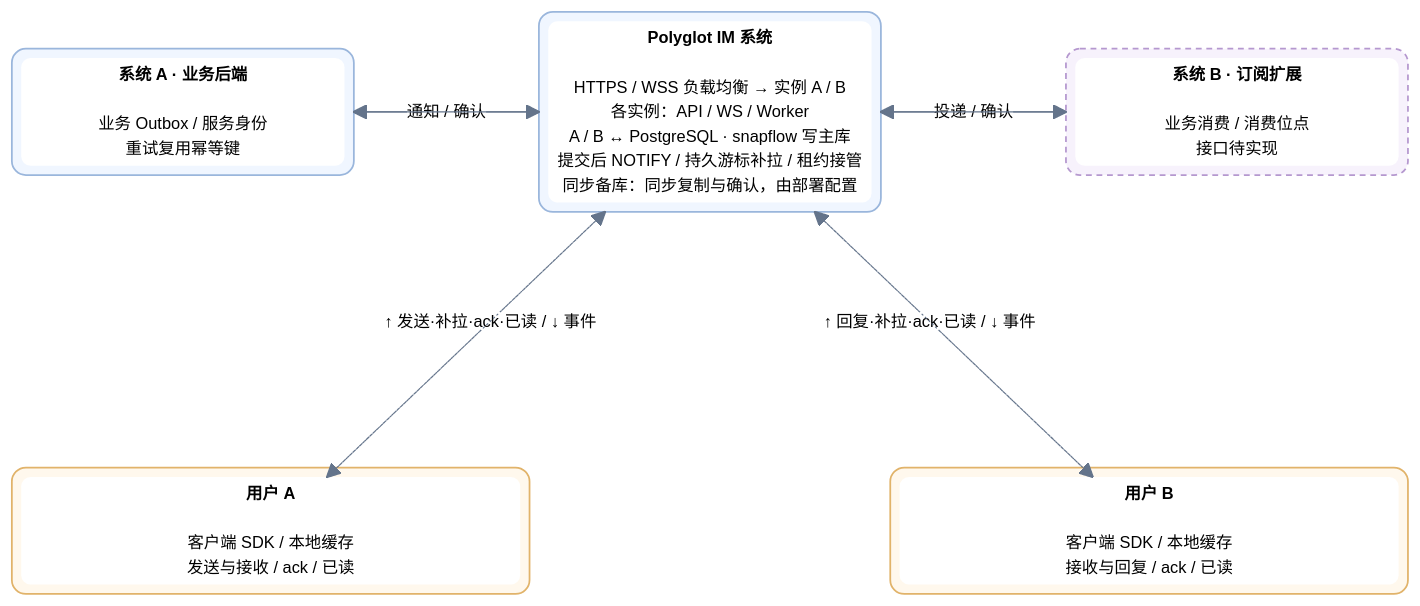
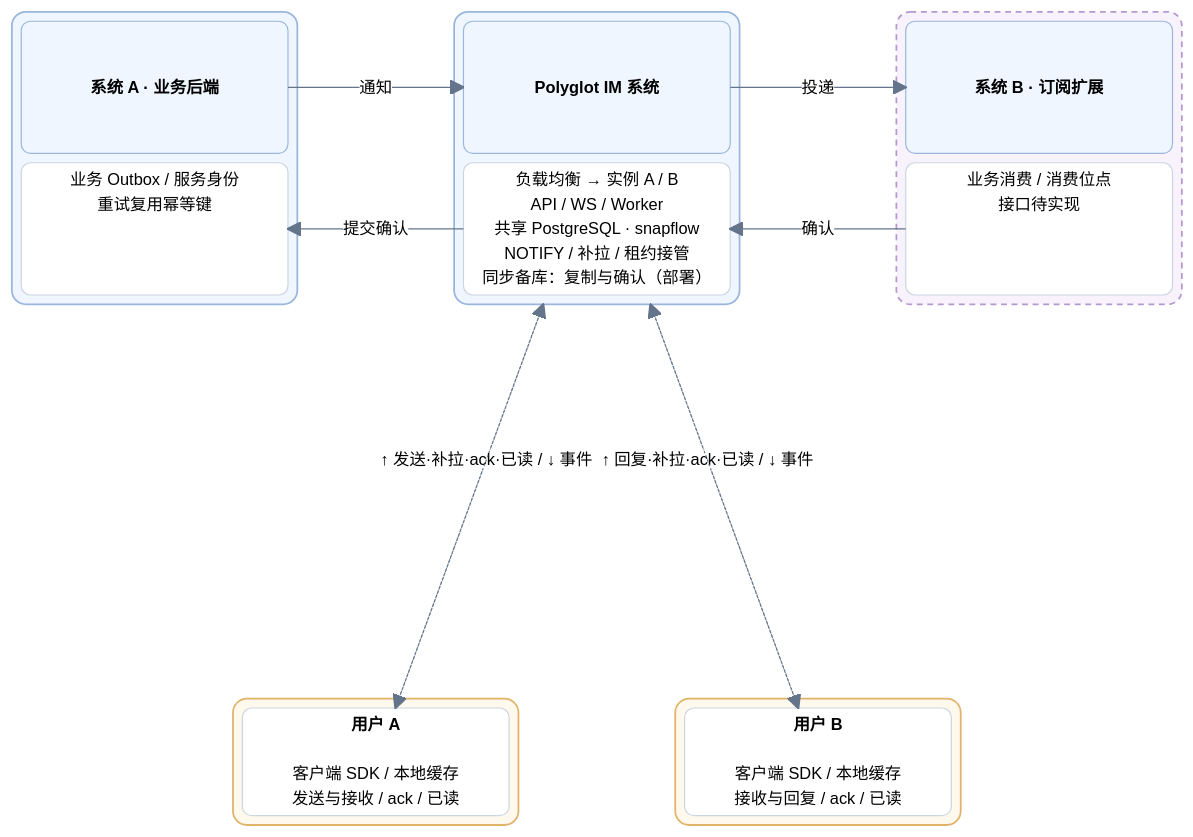
One commit to bitlap/polyglot-im changed the diagram in docs/distributed.md. Above: the diagram before and after it, drawn with Mermaid. The commit also changed 8 other files, not shown here.

````diff
--- a/docs/distributed.md
+++ b/docs/distributed.md
@@ -7,44 +7,51 @@
 ```mermaid
-%%{init: {"theme":"base","flowchart":{"curve":"stepBefore"},"themeVariables":{"fontSize":"14px","primaryColor":"#ffffff","primaryBorderColor":"#cbd5e1","primaryTextColor":"#1e293b","lineColor":"#64748b","edgeLabelBackground":"#ffffff"},"themeCSS":".edge-pattern-dotted { stroke: #d68a26 !important; stroke-width: 1.6px !important; stroke-dasharray: 5 7 !important; } .edge-pattern-solid { stroke: #64748b !important; stroke-width: 1.6px !important; } .edgeLabel rect { fill: #ffffff !important; opacity: 1 !important; rx: 5; ry: 5; } .block rect { rx: 10; ry: 10; }"}}%%
+%%{init: {"theme":"base","flowchart":{"curve":"stepAfter"},"themeVariables":{"fontSize":"14px","primaryColor":"#ffffff","primaryBorderColor":"#cbd5e1","primaryTextColor":"#1e293b","lineColor":"#64748b","edgeLabelBackground":"#ffffff"},"themeCSS":".edge-pattern-dotted { stroke: #d68a26 !important; stroke-width: 1.6px !important; stroke-dasharray: 5 7 !important; } .edge-pattern-solid { stroke: #64748b !important; stroke-width: 1.6px !important; } .edgeLabel rect { fill: #ffffff !important; opacity: 1 !important; rx: 5; ry: 5; } .block rect { rx: 10; ry: 10; } path[id$=\"-UA-IM\"] { transform: translateX(32px); } path[id$=\"-UB-IM\"] { transform: translateX(-32px); }","block":{"padding":8}}}%%
 block-beta
-  columns 8
-  block:Business:2
+  columns 16
+  block:Business:4
     columns 1
-    SA["<b>系统 A · 业务后端</b><br/><br/>业务 Outbox / 服务身份<br/>重试复用幂等键"]
+    BusinessTitle["<b>系统 A · 业务后端</b>"]
+    SA["业务 Outbox / 服务身份<br/>重试复用幂等键<br/>　<br/>　<br/>　"]
   end
-  space
-  block:IM:2
+  space:2
+  block:IM:4
     columns 1
-    API["<b>Polyglot IM 系统</b><br/><br/>HTTPS / WSS 负载均衡 → 实例 A / B<br/>各实例：API / WS / Worker<br/>A / B ↔ PostgreSQL · snapflow 写主库<br/>提交后 NOTIFY / 持久游标补拉 / 租约接管<br/>同步备库：同步复制与确认，由部署配置"]
+    IMTitle["<b>Polyglot IM 系统</b>"]
+    API["负载均衡 → 实例 A / B<br/>API / WS / Worker<br/>共享 PostgreSQL · snapflow<br/>NOTIFY / 补拉 / 租约接管<br/>同步备库：复制与确认（部署）"]
   end
-  space
-  block:Subscriber:2
+  space:2
+  block:Subscriber:4
     columns 1
-    SB["<b>系统 B · 订阅扩展</b><br/><br/>业务消费 / 消费位点<br/>接口待实现"]
+    SubscriberTitle["<b>系统 B · 订阅扩展</b>"]
+    SB["业务消费 / 消费位点<br/>接口待实现<br/>　<br/>　<br/>　"]
   end
-  space:8
-  block:Alice:3
+  space:16
+  space:3
+  block:Alice:4
     columns 1
     UA["<b>用户 A</b><br/><br/>客户端 SDK / 本地缓存<br/>发送与接收 / ack / 已读"]
   end
   space:2
-  block:Bob:3
+  block:Bob:4
     columns 1
     UB["<b>用户 B</b><br/><br/>客户端 SDK / 本地缓存<br/>接收与回复 / ack / 已读"]
   end
-  Business -- "通知 / 确认" --> IM
-  IM --> Business
-  IM -- "投递 / 确认" --> Subscriber
-  Subscriber --> IM
+  space:3
+  BusinessTitle -- "通知" --> IMTitle
+  API -- "提交确认" --> SA
+  IMTitle -- "投递" --> SubscriberTitle
+  SB -- "确认" --> API
   IM -. "↑ 发送·补拉·ack·已读 / ↓ 事件" .-> UA
   UA -.-> IM
   IM -. "↑ 回复·补拉·ack·已读 / ↓ 事件" .-> UB
   UB -.-> IM
   style Business fill:#f0f6ff,stroke:#9ab6dc,stroke-width:1.5px,rx:12,ry:12
   style IM fill:#f0f6ff,stroke:#9ab6dc,stroke-width:1.5px,rx:12,ry:12
   style Subscriber fill:#f7f2fc,stroke:#b598cf,stroke-width:1.5px,stroke-dasharray:5 4,rx:12,ry:12
   style Alice fill:#fff8ed,stroke:#e1b36a,stroke-width:1.5px,rx:12,ry:12
   style Bob fill:#fff8ed,stroke:#e1b36a,stroke-width:1.5px,rx:12,ry:12
-  classDef component fill:#ffffff,stroke:none,color:#475569,rx:8,ry:8
+  classDef title fill:#f0f6ff,stroke:#9ab6dc,color:#1e3a5f,font-weight:bold,rx:8,ry:8
+  class BusinessTitle,IMTitle,SubscriberTitle title
+  classDef component fill:#ffffff,stroke:#cbd5e1,color:#475569,rx:8,ry:8
   class SA,API,SB,UA,UB component
 ```
````
